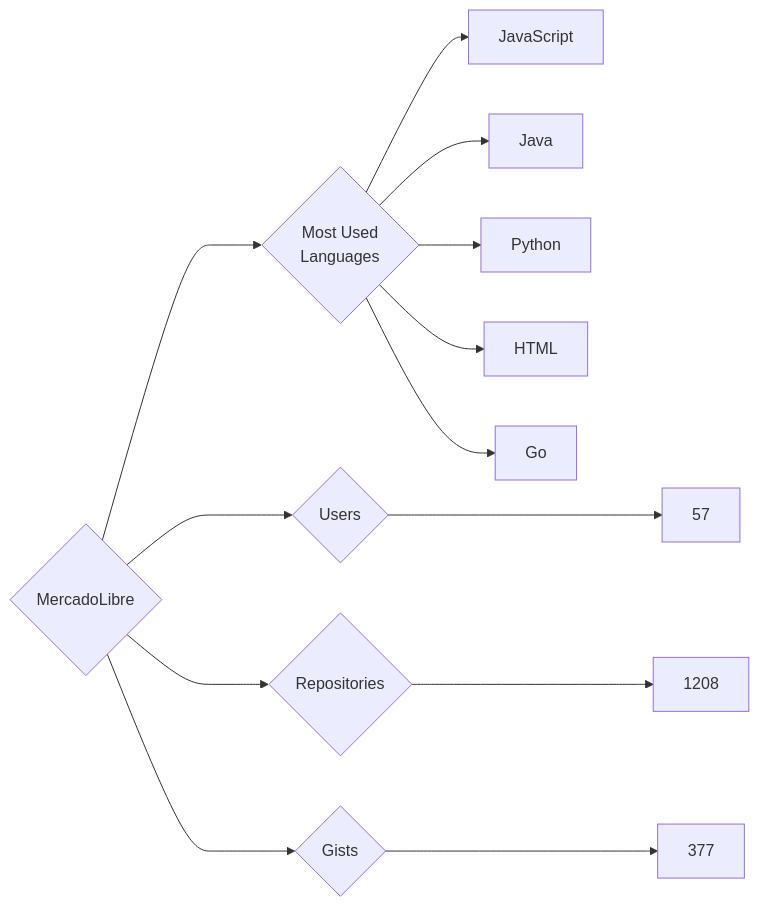
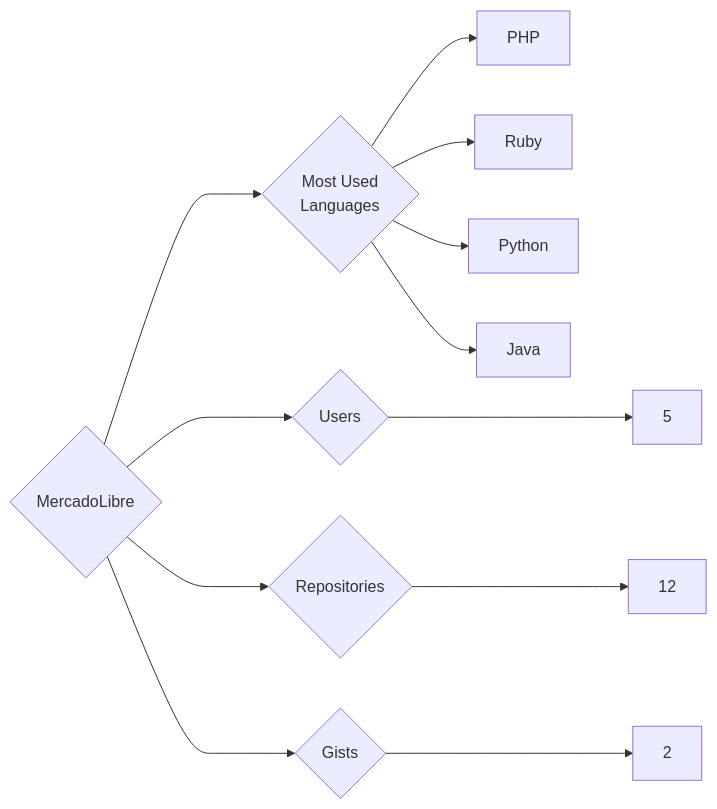
Before and after one commit to trickest/insiders: the diagram in targets/MercadoLibre/README.md, drawn with Mermaid. The commit also changed 597 other files, not shown here.

````diff
--- a/targets/MercadoLibre/README.md
+++ b/targets/MercadoLibre/README.md
@@ -3,13 +3,12 @@
 ```mermaid
 graph LR
 COMPANY_NAME{MercadoLibre}
-COMPANY_NAME ---> U{Users} ---> UN[57]
-COMPANY_NAME ---> R{Repositories} ---> RN[1208]
-COMPANY_NAME ---> G{Gists} ---> GN[377]
+COMPANY_NAME ---> U{Users} ---> UN[5]
+COMPANY_NAME ---> R{Repositories} ---> RN[12]
+COMPANY_NAME ---> G{Gists} ---> GN[2]
 COMPANY_NAME ---> ML{Most Used<br>Languages}
-ML --> JavaScript[JavaScript]
+ML --> PHP[PHP]
+ML --> Ruby[Ruby]
+ML --> Python[Python]
 ML --> Java[Java]
-ML --> Python[Python]
-ML --> HTML[HTML]
-ML --> Go[Go]
 ```
````
